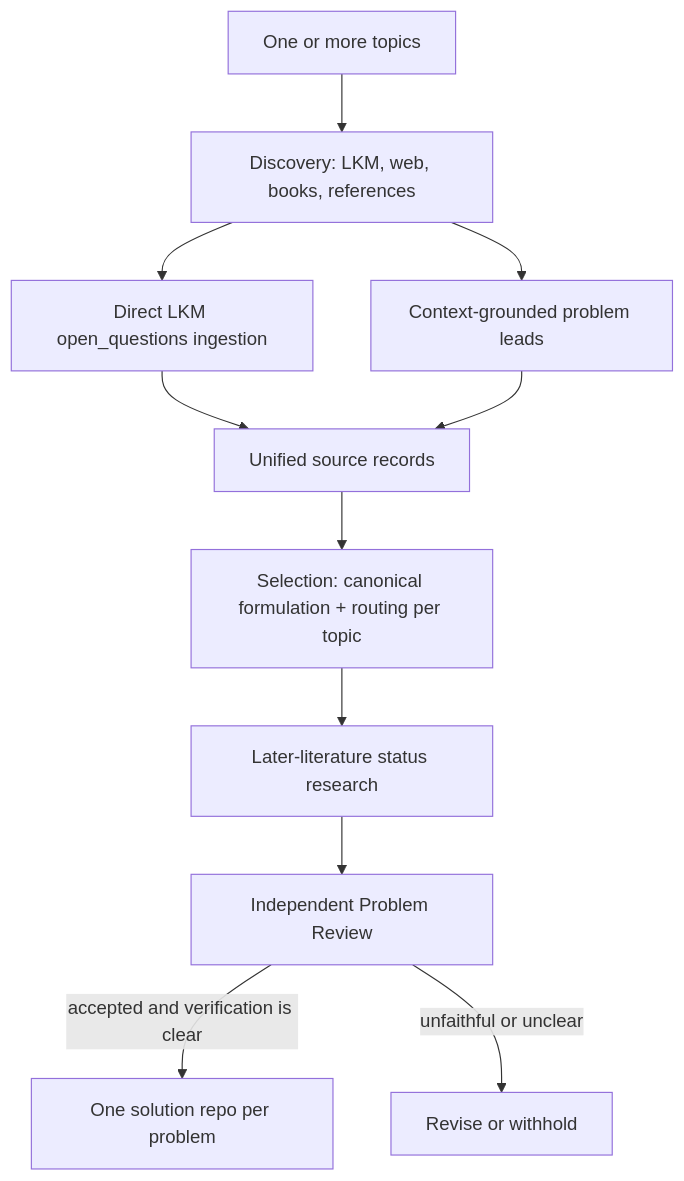
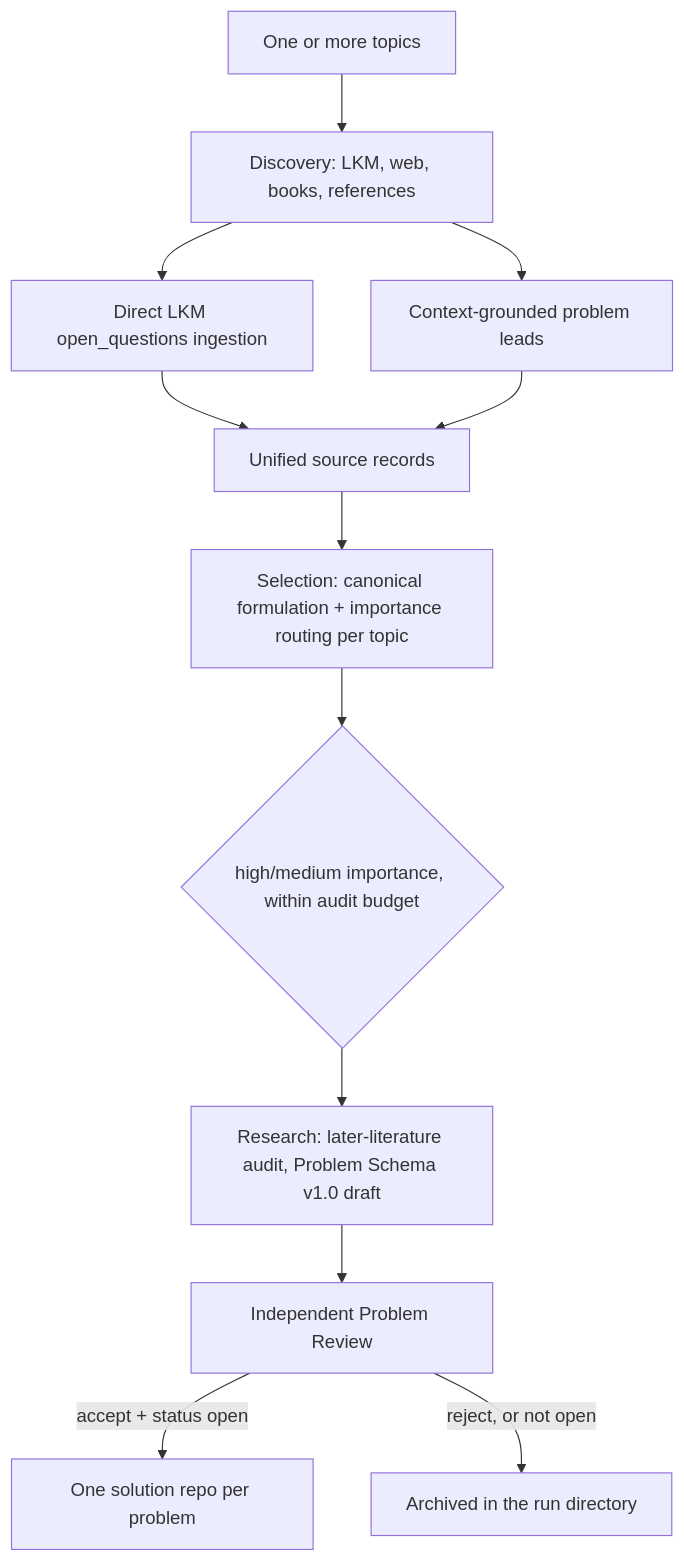
Before and after one commit to kunyuan/open-research-discovery: the diagram in README.md, drawn with Mermaid. The commit also changed other lines of this file and 35 other files, not shown here.

````diff
--- a/README.md
+++ b/README.md
@@ -90,13 +91,14 @@
 ```mermaid
 flowchart TD
     T["One or more topics"] --> D["Discovery: LKM, web, books, references"]
     D --> L["Direct LKM open_questions ingestion"]
     D --> C["Context-grounded problem leads"]
     L --> S["Unified source records"]
     C --> S
-    S --> A["Selection: canonical formulation + routing per topic"]
-    A --> R["Later-literature status research"]
+    S --> A["Selection: canonical formulation + importance routing per topic"]
+    A --> G{"high/medium importance, within audit budget"}
+    G --> R["Research: later-literature audit, Problem Schema v1.0 draft"]
     R --> P["Independent Problem Review"]
-    P -->|"accepted and verification is clear"| O["One solution repo per problem"]
-    P -->|"unfaithful or unclear"| X["Revise or withhold"]
+    P -->|"accept + status open"| O["One solution repo per problem"]
+    P -->|"reject, or not open"| X["Archived in the run directory"]
 ```
````
